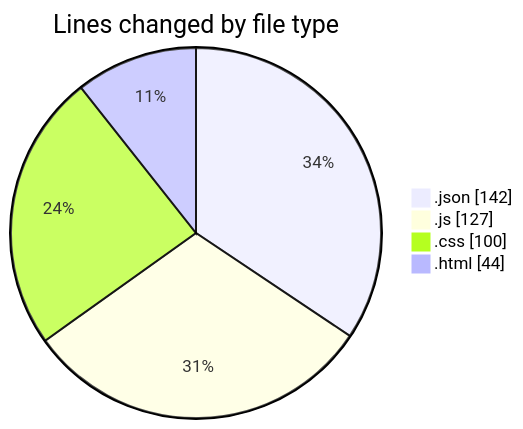
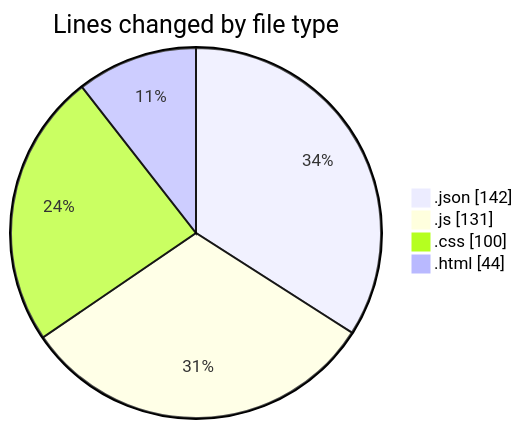
One commit to donsfak/code-tracking changed the first of 2 diagrams in 2025-03-13/ai_agent/README.md. Above: the diagram before and after it, drawn with Mermaid. The commit also changed other lines of this file and 1 other file, not shown here.

````diff
--- a/2025-03-13/ai_agent/README.md
+++ b/2025-03-13/ai_agent/README.md
@@ -24,8 +25,8 @@
 ```mermaid
 pie showData
 title Lines changed by file type
 ".json" : 142
-".js" : 127
+".js" : 131
 ".css" : 100
 ".html" : 44
 ```
````
